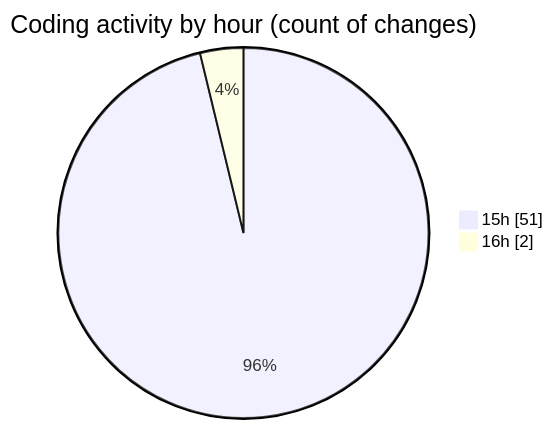
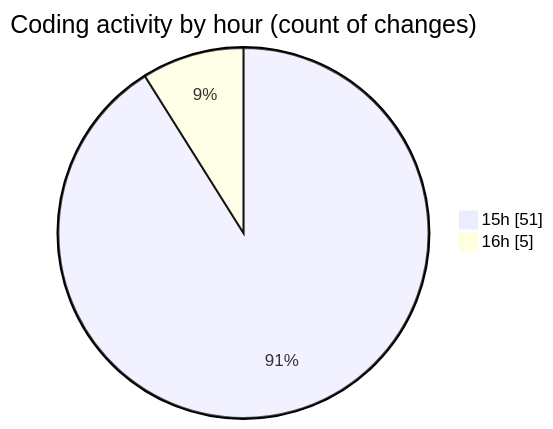
One commit to Elitesun/code-tracking changed the second of 2 diagrams in 2025-05-10/elitesun/README.md. Above: the diagram before and after it, drawn with Mermaid. The commit also changed other lines of this file and 1 other file, not shown here.

````diff
--- a/2025-05-10/elitesun/README.md
+++ b/2025-05-10/elitesun/README.md
@@ -57,6 +57,6 @@
 ```mermaid
 pie showData
 title Coding activity by hour (count of changes)
 "15h" : 51
-"16h" : 2
+"16h" : 5
 ```
````
